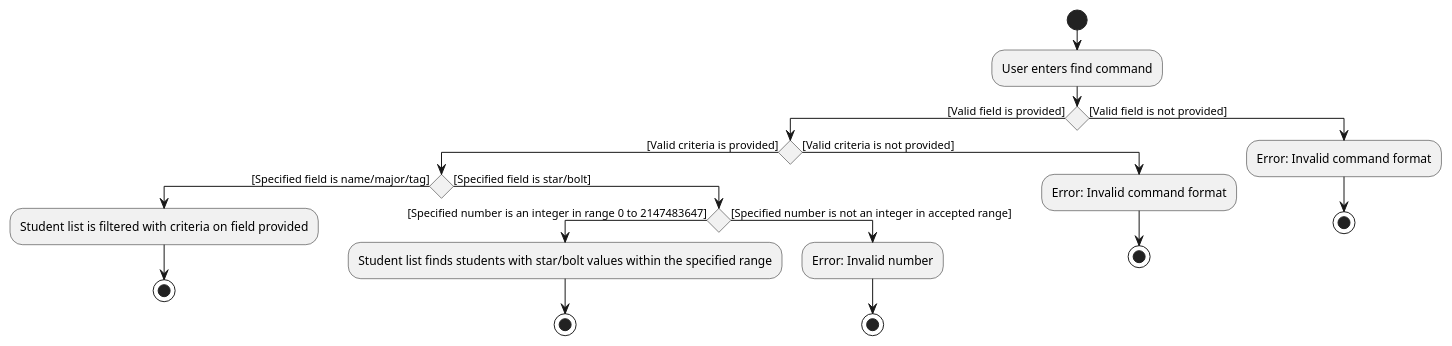
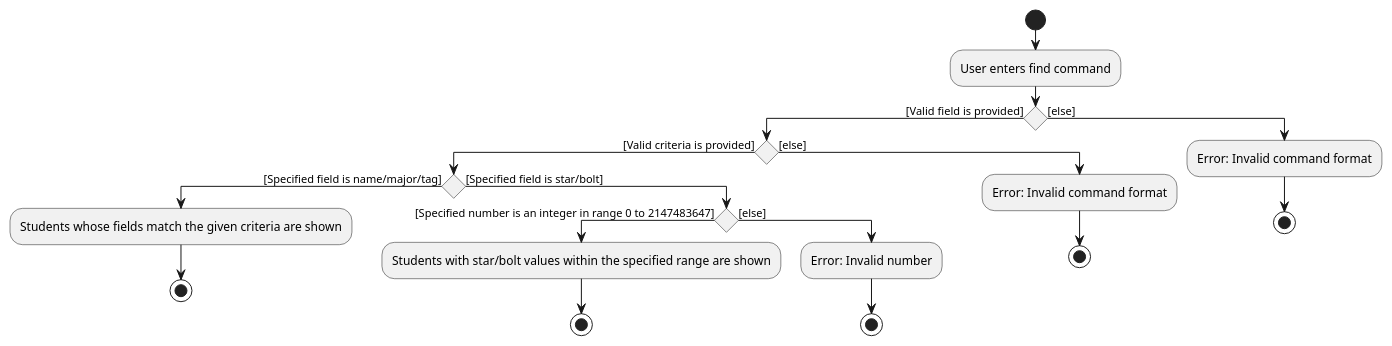
One commit to AY2324S2-CS2103T-F13-4/tp changed the diagram in docs/diagrams/FindActivityDiagram.puml. Above: the diagram before and after it, drawn with PlantUML. The commit also changed 1 other file, not shown here.

Commit message:
Edit activity diagram for find

```diff
--- a/docs/diagrams/FindActivityDiagram.puml
+++ b/docs/diagrams/FindActivityDiagram.puml
@@ -1,28 +1,28 @@
 @startuml
 !pragma useVerticalIf on
 start
 :User enters find command;
 if () then ([Valid field is provided])
     if () then ([Valid criteria is provided])
         if () then ([Specified field is name/major/tag])
-            :Student list is filtered with criteria on field provided;
+            :Students whose fields match the given criteria are shown;
             stop
         else ([Specified field is star/bolt])
             if () then ([Specified number is an integer in range 0 to 2147483647])
-                :Student list finds students with star/bolt values within the specified range;
+                :Students with star/bolt values within the specified range are shown;
                 stop
-            else ([Specified number is not an integer in accepted range])
+            else ([else])
                 :Error: Invalid number;
                 stop
             endif
         endif
-    else ([Valid criteria is not provided])
+    else ([else])
         :Error: Invalid command format;
         stop
     endif
-else ([Valid field is not provided])
+else ([else])
     :Error: Invalid command format;
     stop
 endif
 
 @enduml
```
